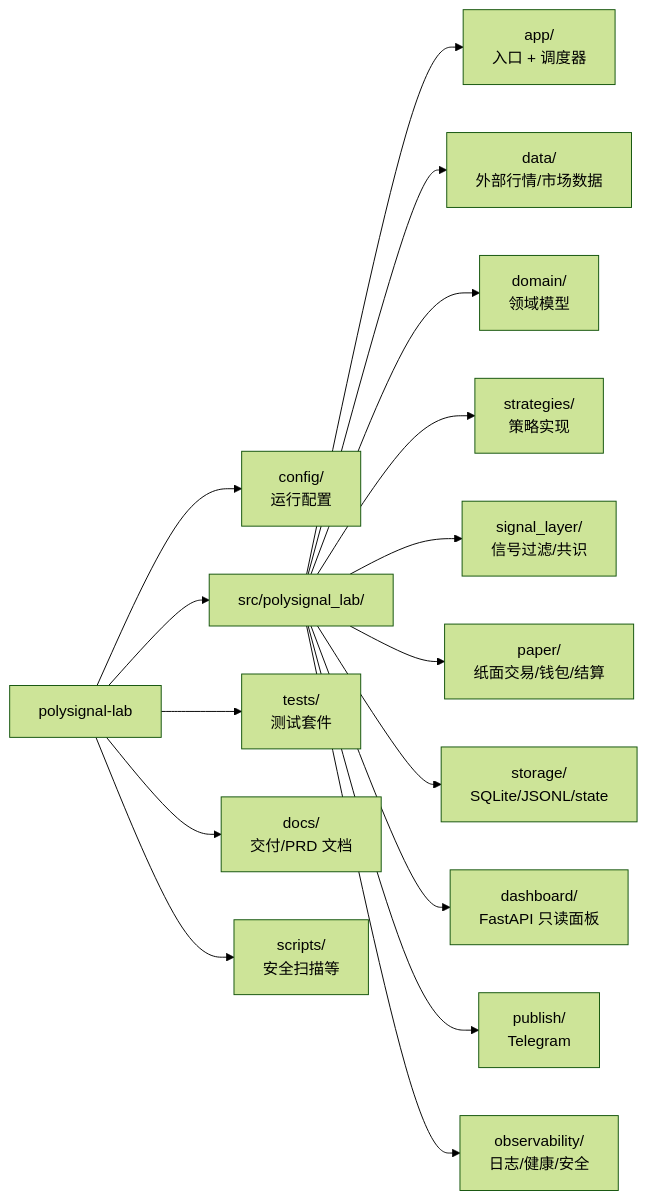
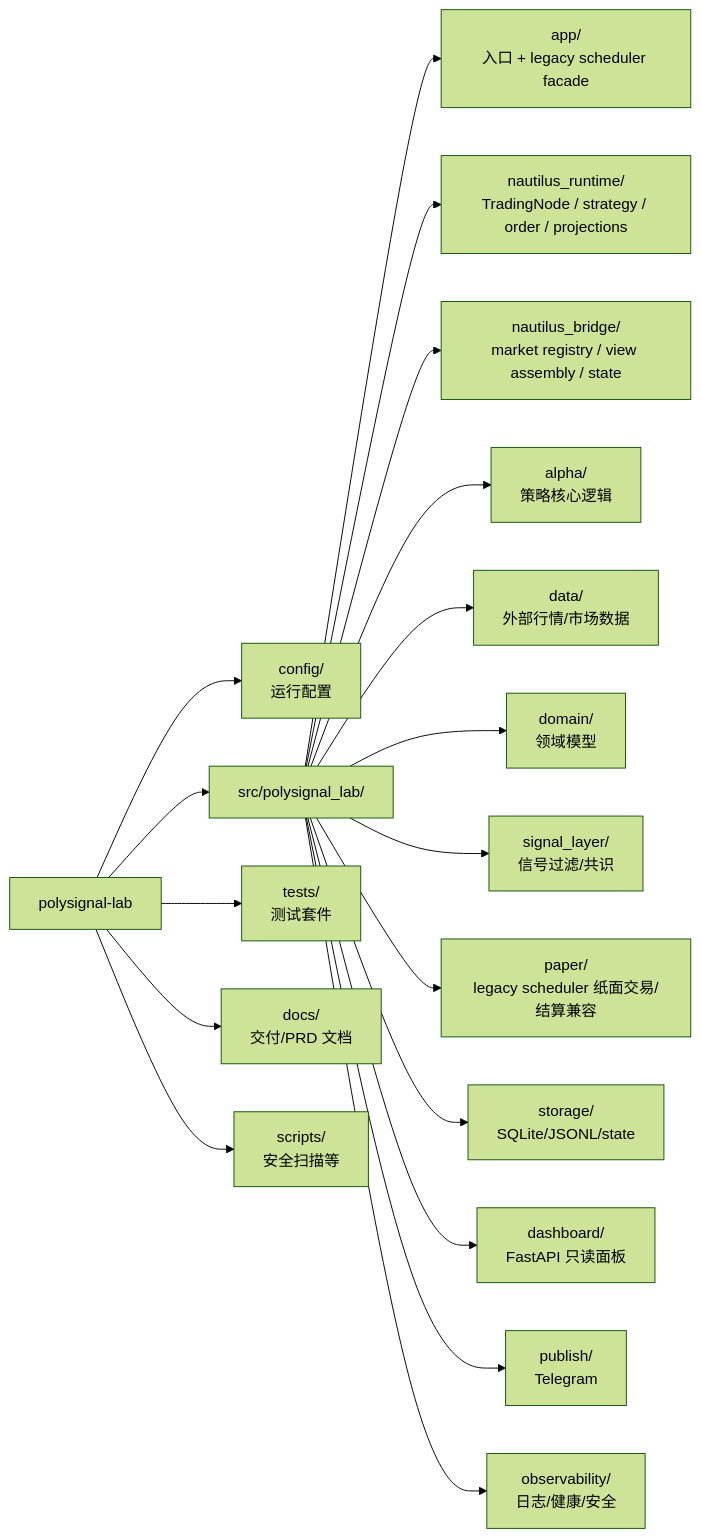
Before and after one commit to 6Kmfi6HP/polysignal-lab: the third of 7 diagrams in docs/PROJECT_ARCHITECTURE_VISUAL.md, drawn with Mermaid (forest theme). The commit also changed other lines of this file and 3 other files, not shown here.

Commit message:
docs: align external docs with nautilus runtime

````diff
--- a/docs/PROJECT_ARCHITECTURE_VISUAL.md
+++ b/docs/PROJECT_ARCHITECTURE_VISUAL.md
@@ -83,19 +76,21 @@
 ```mermaid
 flowchart LR
   Root["polysignal-lab"] --> Config["config/<br/>运行配置"]
   Root --> Src["src/polysignal_lab/"]
   Root --> Tests["tests/<br/>测试套件"]
   Root --> Docs["docs/<br/>交付/PRD 文档"]
   Root --> Scripts["scripts/<br/>安全扫描等"]
 
-  Src --> App["app/<br/>入口 + 调度器"]
+  Src --> App["app/<br/>入口 + legacy scheduler facade"]
+  Src --> NautilusRuntime["nautilus_runtime/<br/>TradingNode / strategy / order / projections"]
+  Src --> NautilusBridge["nautilus_bridge/<br/>market registry / view assembly / state"]
+  Src --> Alpha["alpha/<br/>策略核心逻辑"]
   Src --> Data["data/<br/>外部行情/市场数据"]
   Src --> Domain["domain/<br/>领域模型"]
-  Src --> Strategies["strategies/<br/>策略实现"]
   Src --> Signal["signal_layer/<br/>信号过滤/共识"]
-  Src --> Paper["paper/<br/>纸面交易/钱包/结算"]
+  Src --> Paper["paper/<br/>legacy scheduler 纸面交易/结算兼容"]
   Src --> Storage["storage/<br/>SQLite/JSONL/state"]
   Src --> Dashboard["dashboard/<br/>FastAPI 只读面板"]
   Src --> Publish["publish/<br/>Telegram"]
   Src --> Observability["observability/<br/>日志/健康/安全"]
 ```
````
